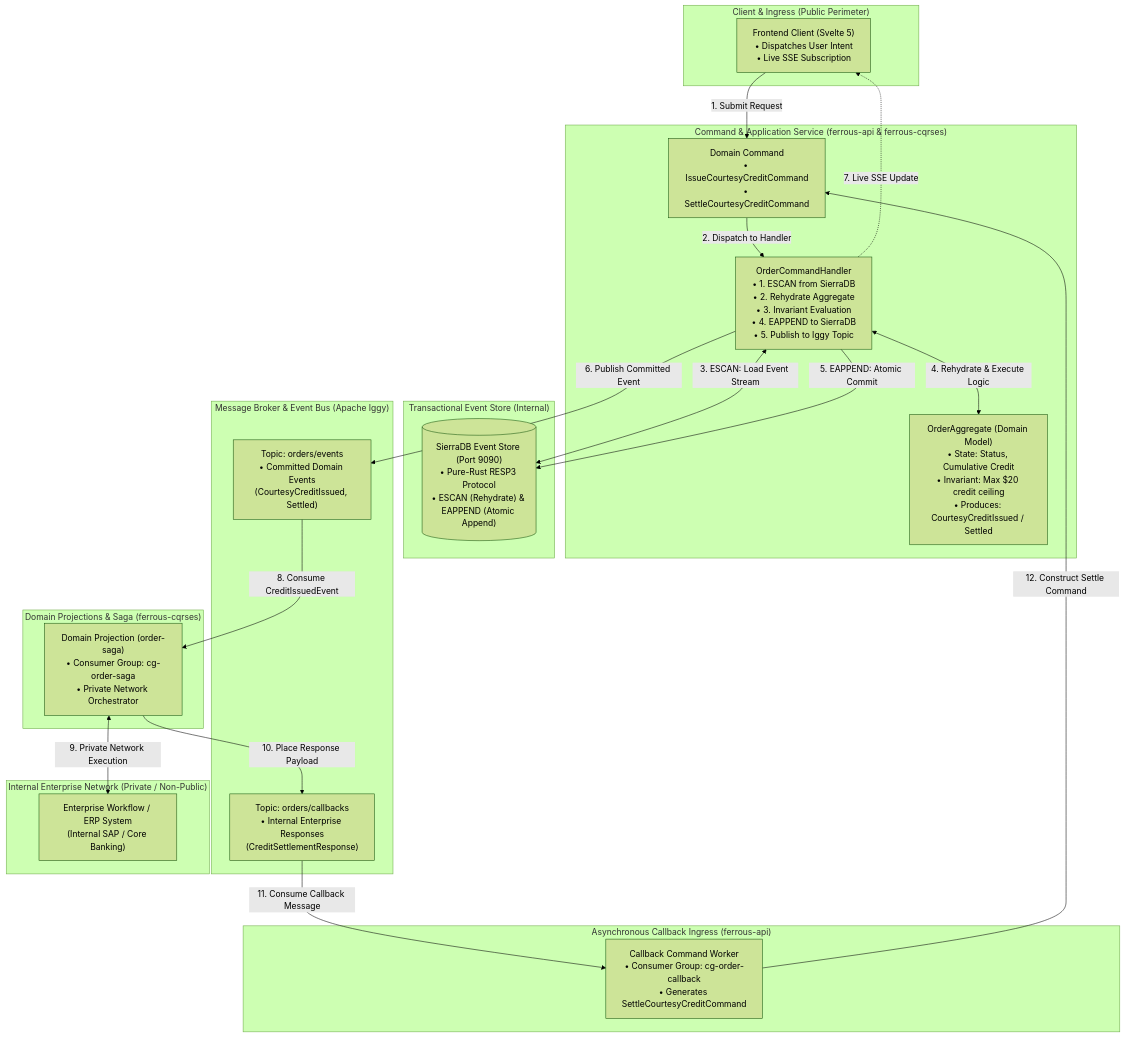
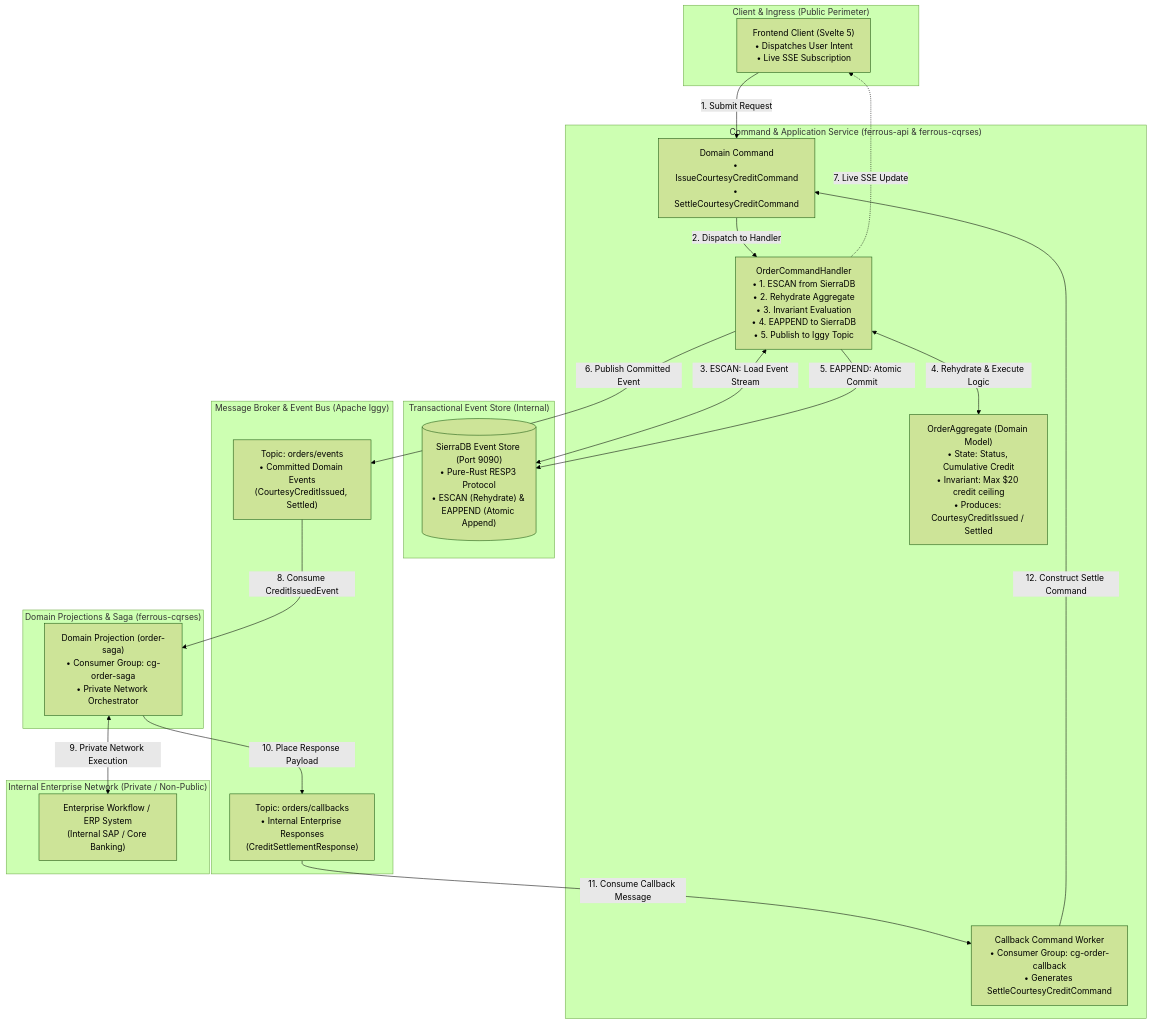
Before and after one commit to reidlai/ferrous-cx: the first of 2 diagrams in README.md, drawn with Mermaid (forest theme).

Commit message:
docs(architecture): consolidate CallbackWorker inside Command_Tier

````diff
--- a/README.md
+++ b/README.md
@@ -42,57 +42,54 @@
 ```mermaid
 flowchart TD
     subgraph Client_Tier ["Client & Ingress (Public Perimeter)"]
         Client["Frontend Client (Svelte 5)<br/>• Dispatches User Intent<br/>• Live SSE Subscription"]
     end
 
     subgraph Command_Tier ["Command & Application Service (ferrous-api & ferrous-cqrses)"]
         Command["Domain Command<br/>• IssueCourtesyCreditCommand<br/>• SettleCourtesyCreditCommand"]
         CommandHandler["OrderCommandHandler<br/>• 1. ESCAN from SierraDB<br/>• 2. Rehydrate Aggregate<br/>• 3. Invariant Evaluation<br/>• 4. EAPPEND to SierraDB<br/>• 5. Publish to Iggy Topic"]
         Aggregate["OrderAggregate (Domain Model)<br/>• State: Status, Cumulative Credit<br/>• Invariant: Max $20 credit ceiling<br/>• Produces: CourtesyCreditIssued / Settled"]
+        CallbackWorker["Callback Command Worker<br/>• Consumer Group: cg-order-callback<br/>• Generates SettleCourtesyCreditCommand"]
     end
 
     subgraph Storage_Tier ["Transactional Event Store (Internal)"]
         SierraDB[("SierraDB Event Store (Port 9090)<br/>• Pure-Rust RESP3 Protocol<br/>• ESCAN (Rehydrate) & EAPPEND (Atomic Append)")]
     end
 
     subgraph Streaming_Fabric ["Message Broker & Event Bus (Apache Iggy)"]
         IggyEvents["Topic: orders/events<br/>• Committed Domain Events<br/>(CourtesyCreditIssued, Settled)"]
         IggyCallbacks["Topic: orders/callbacks<br/>• Internal Enterprise Responses<br/>(CreditSettlementResponse)"]
     end
 
     subgraph Projection_Tier ["Domain Projections & Saga (ferrous-cqrses)"]
         DomainProjection["Domain Projection (order-saga)<br/>• Consumer Group: cg-order-saga<br/>• Private Network Orchestrator"]
     end
 
     subgraph Enterprise_Tier ["Internal Enterprise Network (Private / Non-Public)"]
         EnterpriseWorkflow["Enterprise Workflow / ERP System<br/>(Internal SAP / Core Banking)"]
-    end
-
-    subgraph Callback_Loop ["Asynchronous Callback Ingress (ferrous-api)"]
-        CallbackWorker["Callback Command Worker<br/>• Consumer Group: cg-order-callback<br/>• Generates SettleCourtesyCreditCommand"]
     end
 
     %% Step 1: User Command Ingestion
     Client -->|"1. Submit Request"| Command
     Command -->|"2. Dispatch to Handler"| CommandHandler
 
     %% Step 2: Rehydration & Invariant Check
     CommandHandler <-->|"3. ESCAN: Load Event Stream"| SierraDB
     CommandHandler <-->|"4. Rehydrate & Execute Logic"| Aggregate
 
     %% Step 3: Atomic Commit & Bus Emission
     CommandHandler -->|"5. EAPPEND: Atomic Commit"| SierraDB
     CommandHandler -->|"6. Publish Committed Event"| IggyEvents
     CommandHandler -.->|"7. Live SSE Update"| Client
 
     %% Step 4: Domain Projection Consumption
     IggyEvents -->|"8. Consume CreditIssuedEvent"| DomainProjection
     DomainProjection <-->|"9. Private Network Execution"| EnterpriseWorkflow
 
     %% Step 5: Callback Queue Placement
     DomainProjection -->|"10. Place Response Payload"| IggyCallbacks
 
     %% Step 6: Callback to Command Loop
     IggyCallbacks -->|"11. Consume Callback Message"| CallbackWorker
     CallbackWorker -->|"12. Construct Settle Command"| Command
 ```
````
